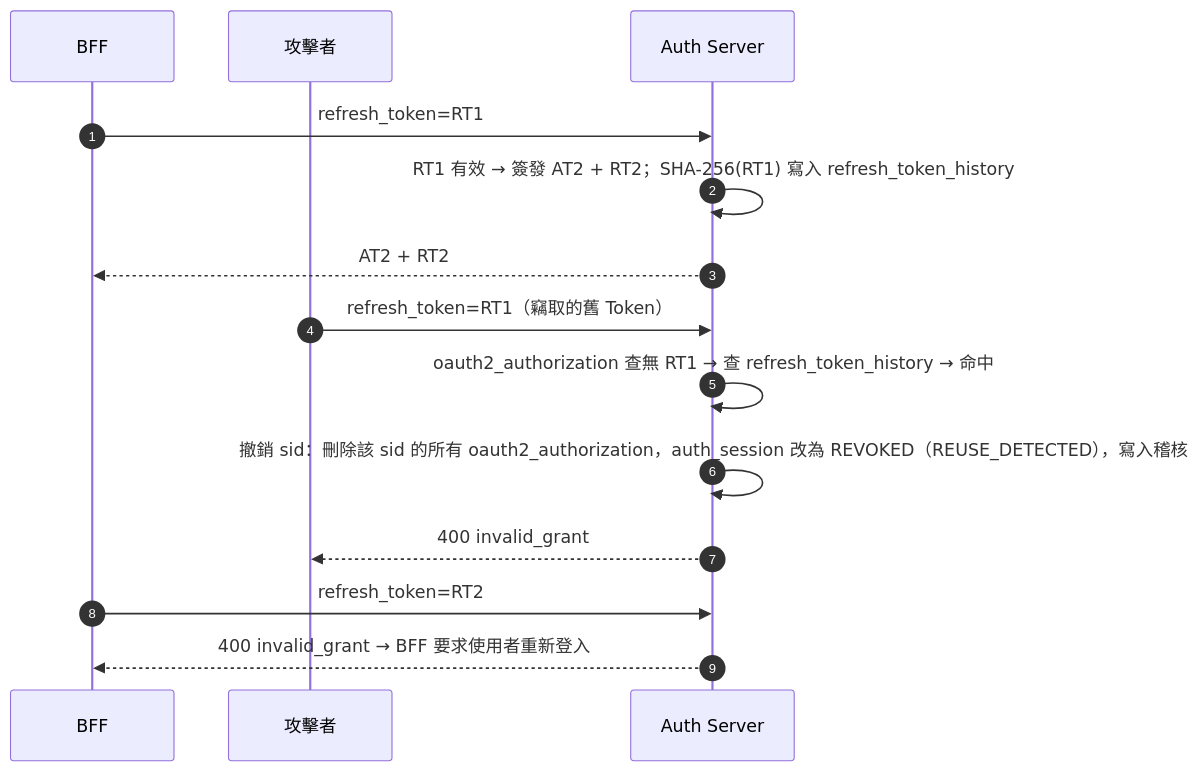
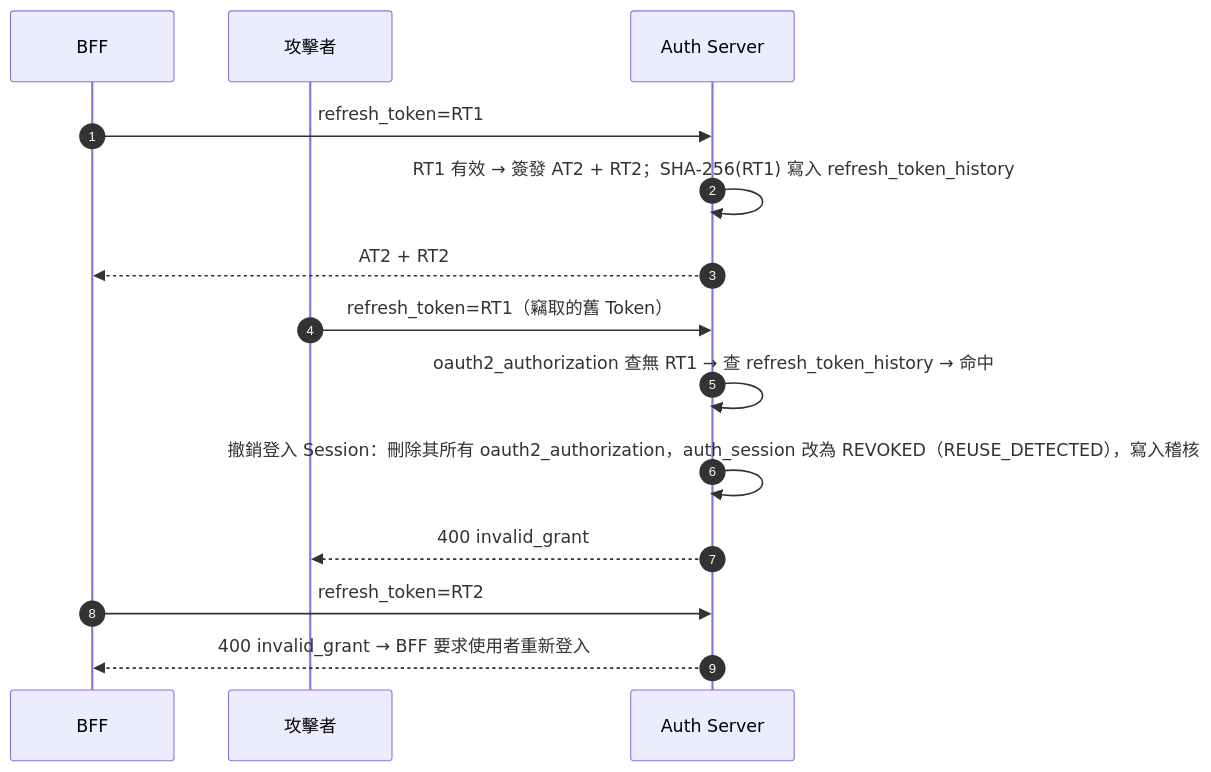
One commit to jacky917/jacky917-security changed the fifth of 6 diagrams in docs/auth-server-design.md. Above: the diagram before and after it, drawn with Mermaid. The commit also changed other lines of this file and 6 other files, not shown here.

````diff
--- a/docs/auth-server-design.md
+++ b/docs/auth-server-design.md
@@ -811,19 +543,19 @@
 ```mermaid
 sequenceDiagram
     autonumber
     participant F as BFF
     participant X as 攻擊者
     participant A as Auth Server
 
     F->>A: refresh_token=RT1
     A->>A: RT1 有效 → 簽發 AT2 + RT2；SHA-256(RT1) 寫入 refresh_token_history
     A-->>F: AT2 + RT2
 
     X->>A: refresh_token=RT1（竊取的舊 Token）
     A->>A: oauth2_authorization 查無 RT1 → 查 refresh_token_history → 命中
-    A->>A: 撤銷 sid：刪除該 sid 的所有 oauth2_authorization，auth_session 改為 REVOKED（REUSE_DETECTED），寫入稽核
+    A->>A: 撤銷登入 Session：刪除其所有 oauth2_authorization，auth_session 改為 REVOKED（REUSE_DETECTED），寫入稽核
     A-->>X: 400 invalid_grant
 
     F->>A: refresh_token=RT2
     A-->>F: 400 invalid_grant → BFF 要求使用者重新登入
 ```
````
